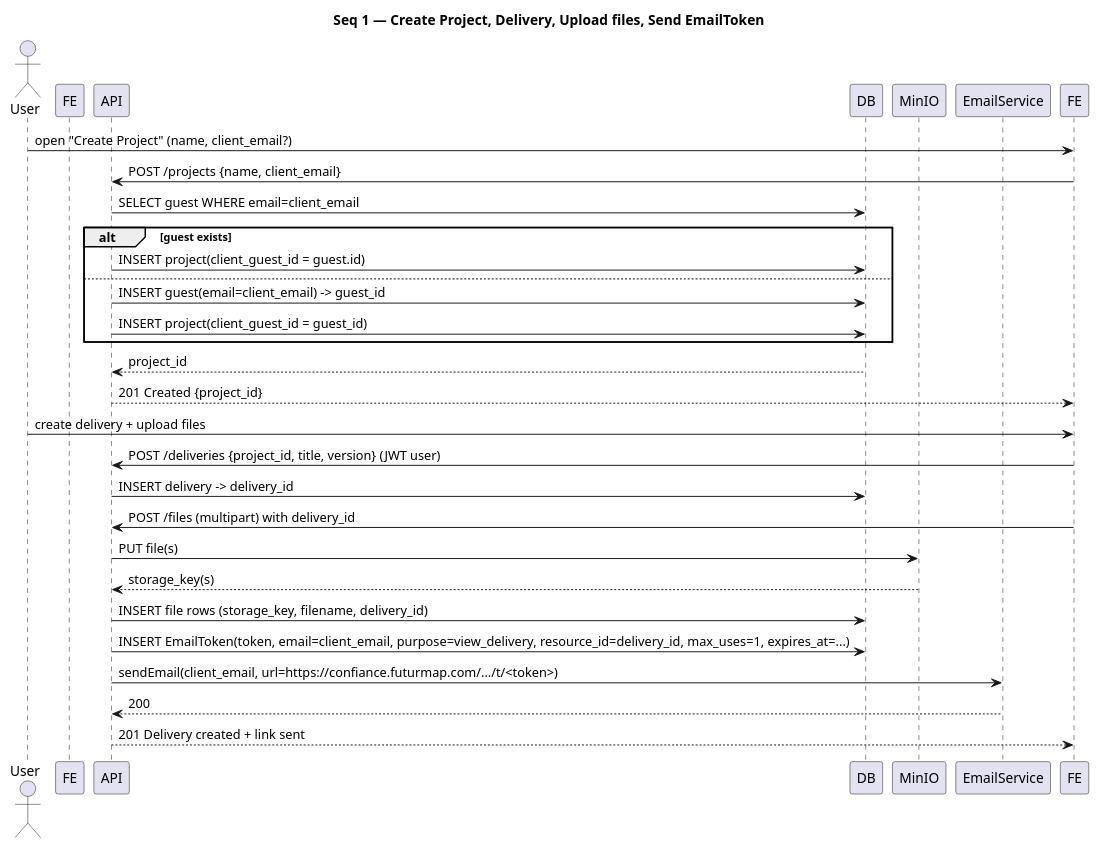
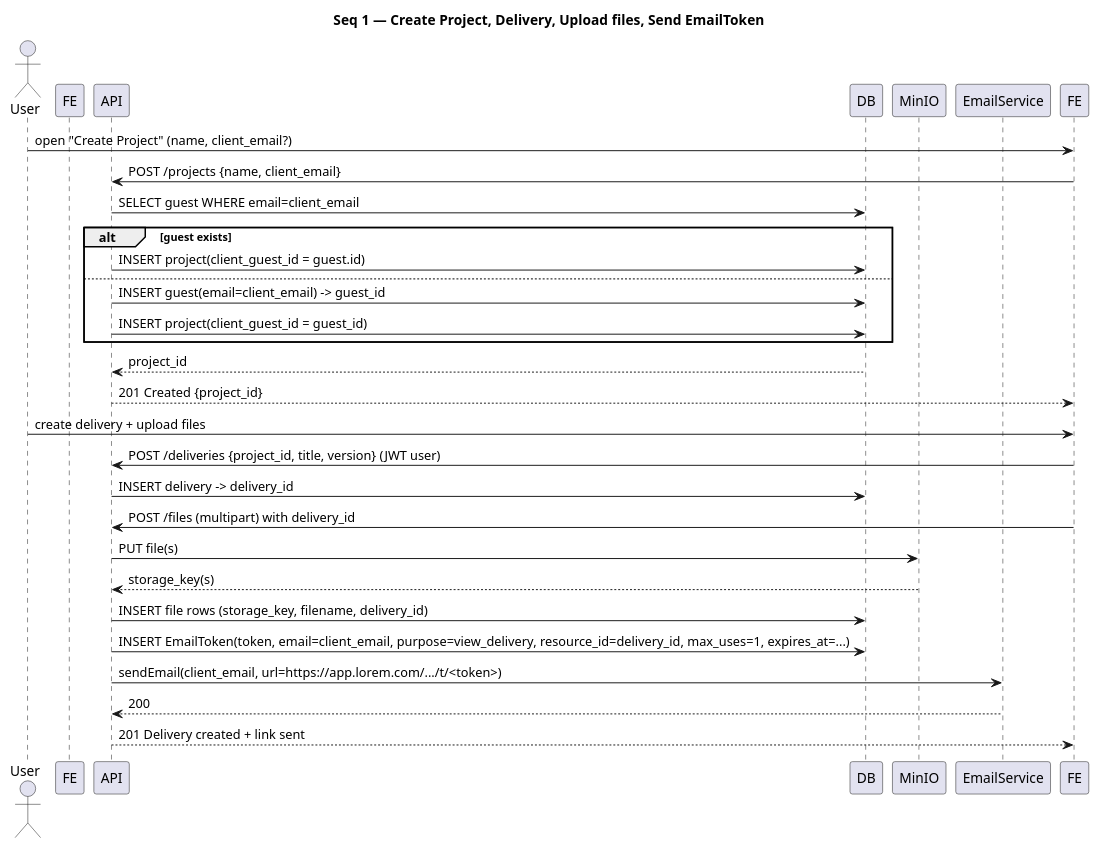
Before and after one commit to AnicetJonhia/quality_tracker: the diagram in conception/UML/Sequence/seq1_create_project_delivery.puml, drawn with PlantUML. The commit also changed 9 other files, not shown here.

Commit message:
sequence diagram overview

```diff
--- a/conception/UML/Sequence/seq1_create_project_delivery.puml
+++ b/conception/UML/Sequence/seq1_create_project_delivery.puml
@@ -1,35 +1,35 @@
 @startuml
 title Seq 1 — Create Project, Delivery, Upload files, Send EmailToken
 
 actor User
 participant FE as Frontend
 participant API
 participant DB
 participant MinIO
 participant EmailService
 
 User -> FE : open "Create Project" (name, client_email?)
 FE -> API : POST /projects {name, client_email}
 API -> DB : SELECT guest WHERE email=client_email
 alt guest exists
   API -> DB : INSERT project(client_guest_id = guest.id)
 else
   API -> DB : INSERT guest(email=client_email) -> guest_id
   API -> DB : INSERT project(client_guest_id = guest_id)
 end
 DB --> API : project_id
 API --> FE : 201 Created {project_id}
 
 User -> FE : create delivery + upload files
 FE -> API : POST /deliveries {project_id, title, version} (JWT user)
 API -> DB : INSERT delivery -> delivery_id
 FE -> API : POST /files (multipart) with delivery_id
 API -> MinIO : PUT file(s)
 MinIO --> API : storage_key(s)
 API -> DB : INSERT file rows (storage_key, filename, delivery_id)
 API -> DB : INSERT EmailToken(token, email=client_email, purpose=view_delivery, resource_id=delivery_id, max_uses=1, expires_at=...)
-API -> EmailService : sendEmail(client_email, url=https://confiance.futurmap.com/.../t/<token>)
+API -> EmailService : sendEmail(client_email, url=https://app.lorem.com/.../t/<token>)
 EmailService --> API : 200
 API --> FE : 201 Delivery created + link sent
 
 @enduml
```
